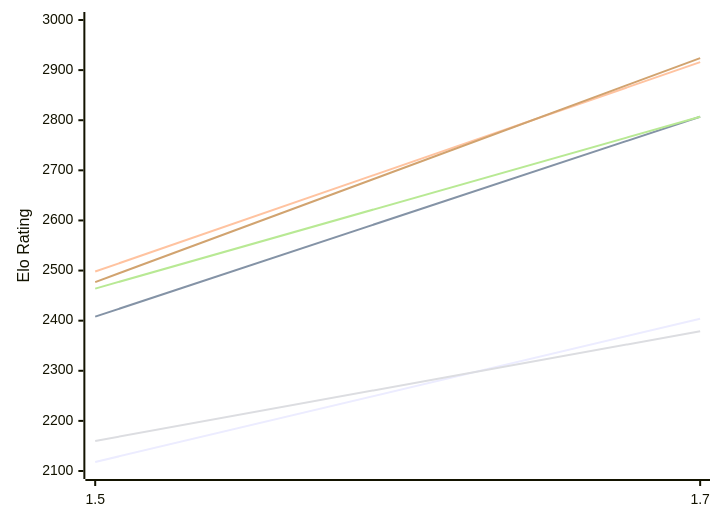
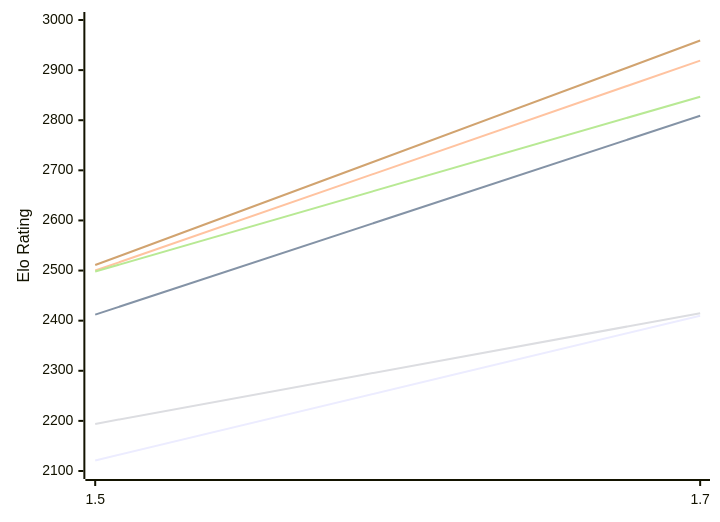
Before and after one commit to computer-chess-index/cci: the first of 2 diagrams in engines/Facon.md, drawn with Mermaid. The commit also changed other lines of this file, not shown here.

Commit message:
Update CCI Ratings (ELO VLTC) - 2026-11-01

````diff
--- a/engines/Facon.md
+++ b/engines/Facon.md
@@ -52,12 +52,12 @@
 ```mermaid
 %%{init: {"theme":"base","themeVariables":{"seriesColors:['#a3a3a3','#222221','#faa371']}}}%%
 xychart-beta
   x-axis ["1.5", "1.7"]
   y-axis "Elo Rating" 2100 --> 3000
-  line "E1: STC (8.0+0.08s)" [2118, 2404]
-  line "E1: LTC (60.0+0.60s)" [2408, 2807]
-  line "E1: VLTC (2m24s+1.12s)" [2498, 2916]
-  line "P1: STC (8.0+0.08s)" [2160, 2379]
-  line "P1: LTC (60.0+0.60s)" [2464, 2807]
-  line "P1: VLTC (2m24s+1.12s)" [2477, 2924]
+  line "E1: STC (8.0+0.08s)" [2121, 2410]
+  line "E1: LTC (60.0+0.60s)" [2412, 2809]
+  line "E1: VLTC (2m24s+1.12s)" [2500, 2919]
+  line "P1: STC (8.0+0.08s)" [2194, 2415]
+  line "P1: LTC (60.0+0.60s)" [2498, 2847]
+  line "P1: VLTC (2m24s+1.12s)" [2511, 2959]
 ```
````
